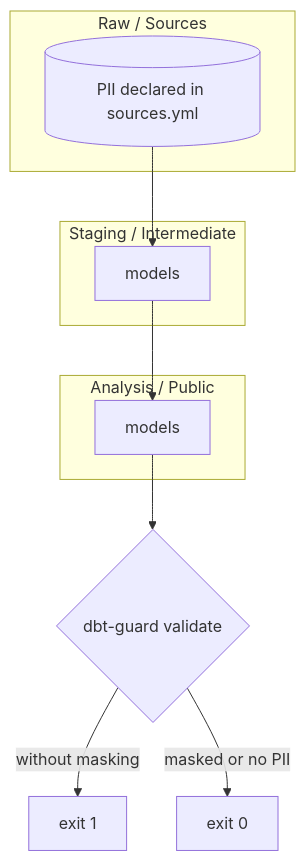
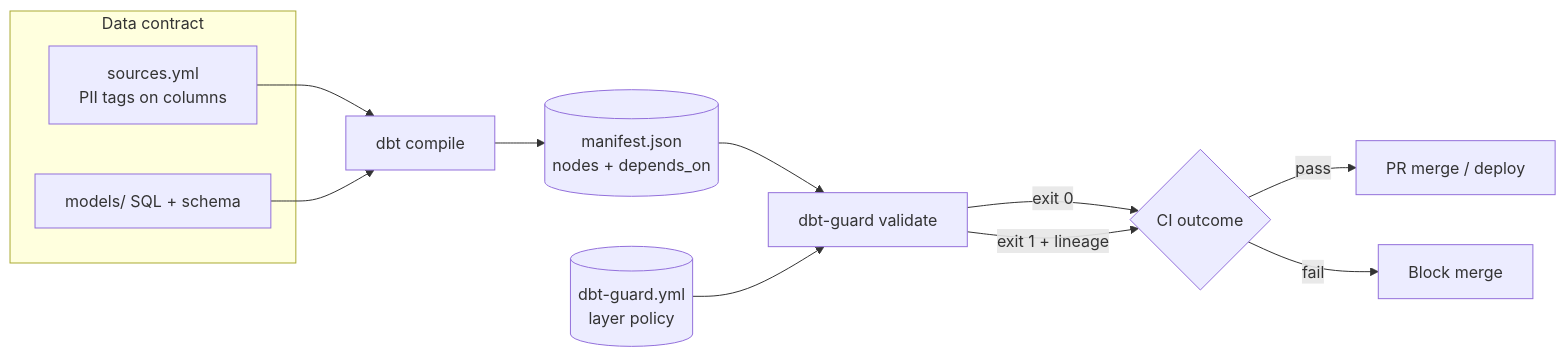
One commit to renatoprovi/dbt-guard changed the first of 5 diagrams in README.md. Above: the diagram before and after it, drawn with Mermaid. The commit also changed other lines of this file, not shown here.

Commit message:
update readme diagram

````diff
--- a/README.md
+++ b/README.md
@@ -26,16 +26,24 @@
 ```mermaid
-flowchart TB
-  subgraph raw [Raw / Sources]
-    R[(PII declared in sources.yml)]
+flowchart LR
+  subgraph contract [Data contract]
+    SY[sources.yml<br/>PII tags on columns]
+    MD[models/ SQL + schema]
   end
-  subgraph staging [Staging / Intermediate]
-    S[models]
-  end
-  subgraph analysis [Analysis / Public]
-    A[models]
-  end
-  R --> S --> A
-  A --> G{dbt-guard validate}
-  G -->|without masking| B[exit 1]
-  G -->|masked or no PII| O[exit 0]
+
+  DC[dbt compile]
+  MF[(manifest.json<br/>nodes + depends_on)]
+  POL[(dbt-guard.yml<br/>layer policy)]
+  DG[dbt-guard validate]
+  OUT{CI outcome}
+
+  SY --> DC
+  MD --> DC
+  DC --> MF
+  MF --> DG
+  POL --> DG
+  DG -->|exit 0| OUT
+  DG -->|exit 1 + lineage| OUT
+
+  OUT -->|pass| MERGE[PR merge / deploy]
+  OUT -->|fail| BLOCK[Block merge]
 ```
````
